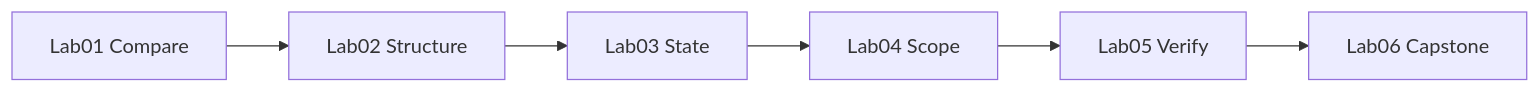
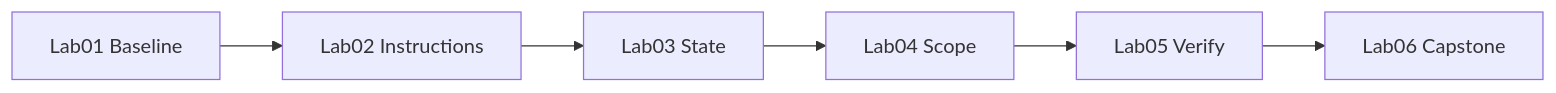
One commit to Dharmik2510/agent-harness-blueprint changed the diagram in docs/labs/index.md. Above: the diagram before and after it, drawn with Mermaid. The commit also changed other lines of this file and 39 other files, not shown here.

````diff
--- a/docs/labs/index.md
+++ b/docs/labs/index.md
@@ -59,8 +76,8 @@
 ```mermaid
 flowchart LR
-    L1[Lab01 Compare] --> L2[Lab02 Structure]
+    L1[Lab01 Baseline] --> L2[Lab02 Instructions]
     L2 --> L3[Lab03 State]
     L3 --> L4[Lab04 Scope]
     L4 --> L5[Lab05 Verify]
     L5 --> L6[Lab06 Capstone]
 ```
````
